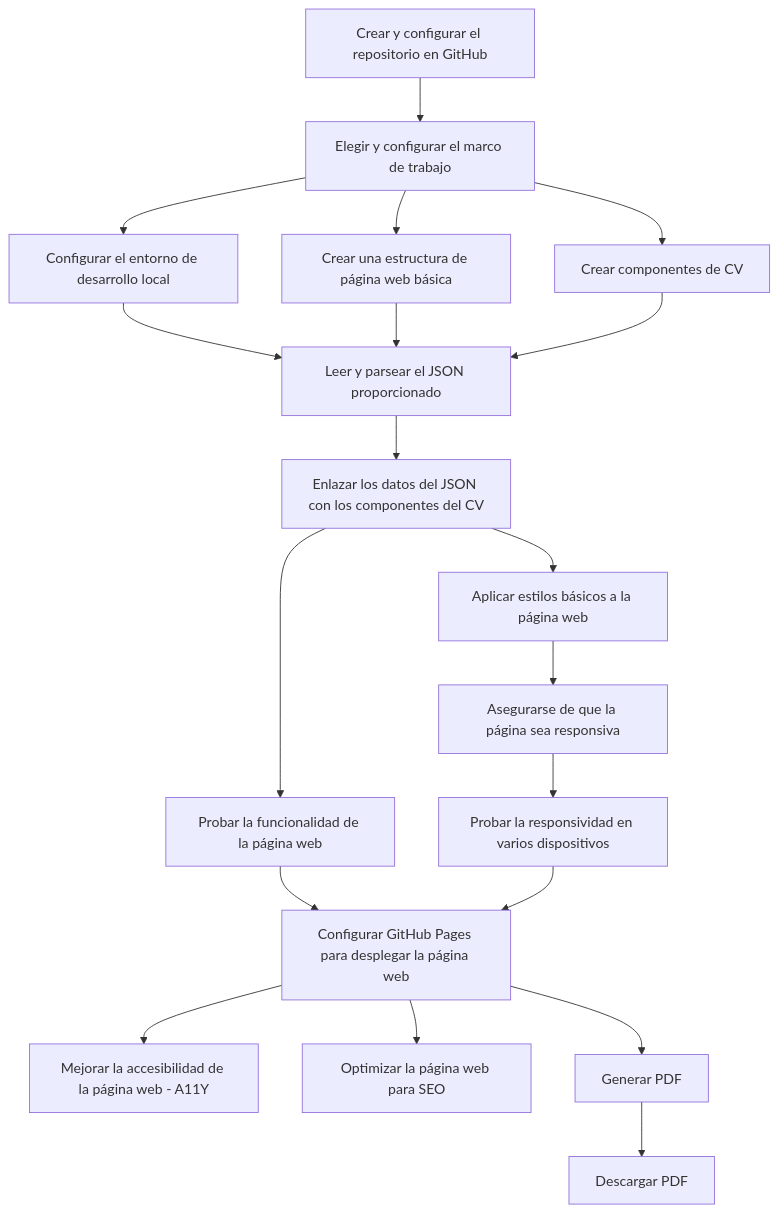
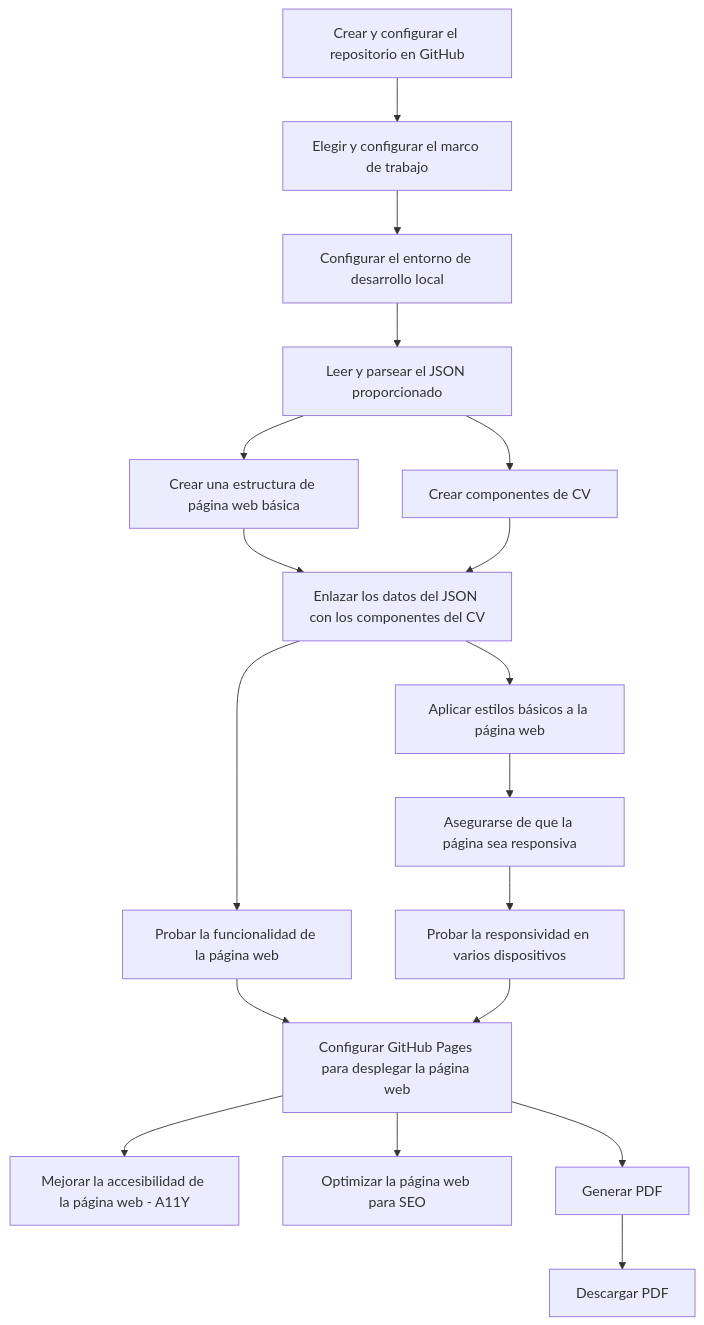
One commit to elMestreAcademy/awesomic_sivi changed the second of 2 diagrams in backlog.md. Above: the diagram before and after it, drawn with Mermaid. The commit also changed other lines of this file, not shown here.

````diff
--- a/backlog.md
+++ b/backlog.md
@@ -121,38 +118,37 @@
 ```mermaid
 graph TB
         A[Crear y configurar el repositorio en GitHub]
         B[Elegir y configurar el marco de trabajo]
         C[Configurar el entorno de desarrollo local]
         D[Crear una estructura de página web básica]
         E[Crear componentes de CV]
         F[Leer y parsear el JSON proporcionado]
         G[Enlazar los datos del JSON con los componentes del CV]
         H[Aplicar estilos básicos a la página web]
         I[Asegurarse de que la página sea responsiva]
         J[Probar la funcionalidad de la página web]
         K[Probar la responsividad en varios dispositivos]
         L[Configurar GitHub Pages para desplegar la página web]
 
         N[Mejorar la accesibilidad de la página web - A11Y]
         O[Optimizar la página web para SEO]
         P[Generar PDF]
         Q[Descargar PDF]
         A-->B
         B-->C
-        B-->D
-        B-->E
         C-->F
-        D-->F
-        E-->F
-        F-->G
+        F-->D
+        F-->E
+        D-->G
+        E-->G
         G-->H
         G-->J
         H-->I
         I-->K
         J-->L
         K-->L
         L-->N
         L-->O
         L-->P
         P-->Q
 ```
````
